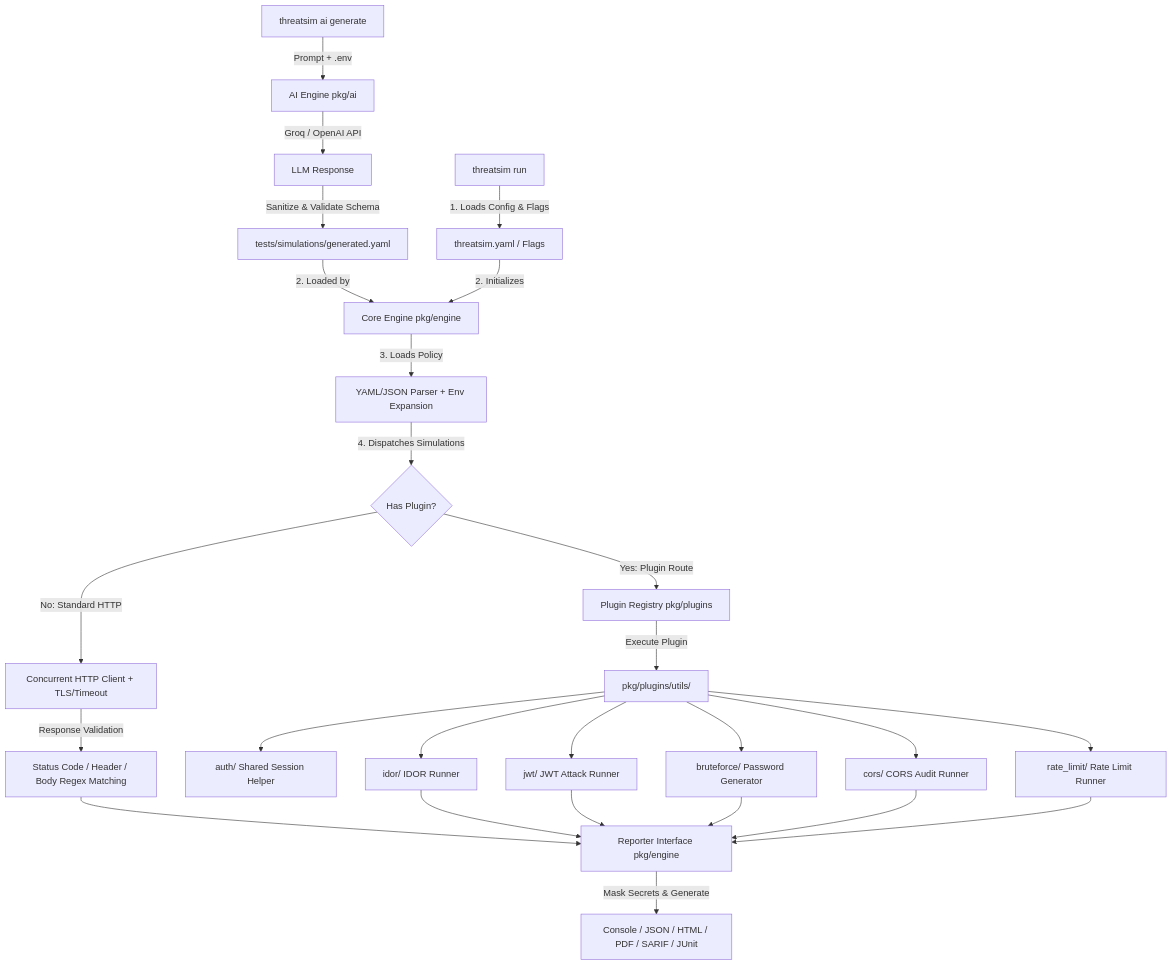
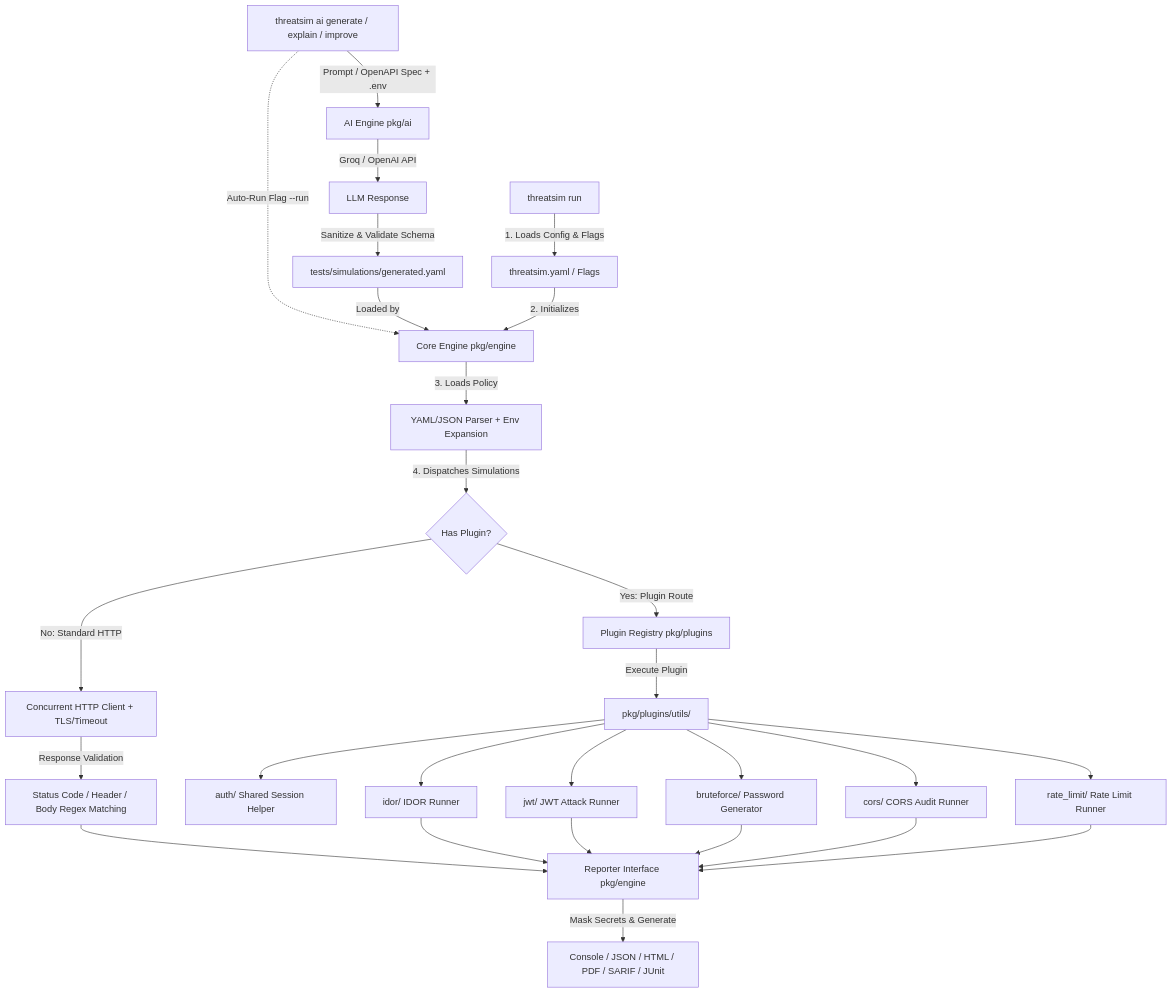
One commit to Stratify-Systems/ThreatSIM changed the diagram in README.md. Above: the diagram before and after it, drawn with Mermaid. The commit also changed other lines of this file and 4 other files, not shown here.

````diff
--- a/README.md
+++ b/README.md
@@ -29,35 +31,37 @@
 ```mermaid
 flowchart TD
-    AICLI[threatsim ai generate] -->|Prompt + .env| AIEngine[AI Engine pkg/ai]
+    AICLI[threatsim ai generate / explain / improve] -->|Prompt / OpenAPI Spec + .env| AIEngine[AI Engine pkg/ai]
     AIEngine -->|Groq / OpenAI API| LLM[LLM Response]
     LLM -->|Sanitize & Validate Schema| PolicyYAML[tests/simulations/generated.yaml]
+    
+    AICLI -.->|Auto-Run Flag --run| Engine
+    PolicyYAML -->|Loaded by| Engine
 
     CLI[threatsim run] -->|1. Loads Config & Flags| Config[threatsim.yaml / Flags]
-    PolicyYAML -->|2. Loaded by| Engine
     Config -->|2. Initializes| Engine[Core Engine pkg/engine]
     
     Engine -->|3. Loads Policy| Parser[YAML/JSON Parser + Env Expansion]
     Parser -->|4. Dispatches Simulations| Router{Has Plugin?}
     
     Router -->|No: Standard HTTP| HTTPClient[Concurrent HTTP Client + TLS/Timeout]
     HTTPClient -->|Response Validation| Asserts[Status Code / Header / Body Regex Matching]
     
     Router -->|Yes: Plugin Route| Registry[Plugin Registry pkg/plugins]
     Registry -->|Execute Plugin| AttackUtils[pkg/plugins/utils/]
     
     AttackUtils --> AuthHelper[auth/ Shared Session Helper]
     AttackUtils --> IDORRunner[idor/ IDOR Runner]
     AttackUtils --> JWTRunner[jwt/ JWT Attack Runner]
     AttackUtils --> BruteforceRunner[bruteforce/ Password Generator]
     AttackUtils --> CORSRunner[cors/ CORS Audit Runner]
     AttackUtils --> RateLimitRunner[rate_limit/ Rate Limit Runner]
     
     Asserts --> Reporter[Reporter Interface pkg/engine]
     IDORRunner --> Reporter
     JWTRunner --> Reporter
     BruteforceRunner --> Reporter
     CORSRunner --> Reporter
     RateLimitRunner --> Reporter
     
     Reporter -->|Mask Secrets & Generate| Output[Console / JSON / HTML / PDF / SARIF / JUnit]
 ```
````
